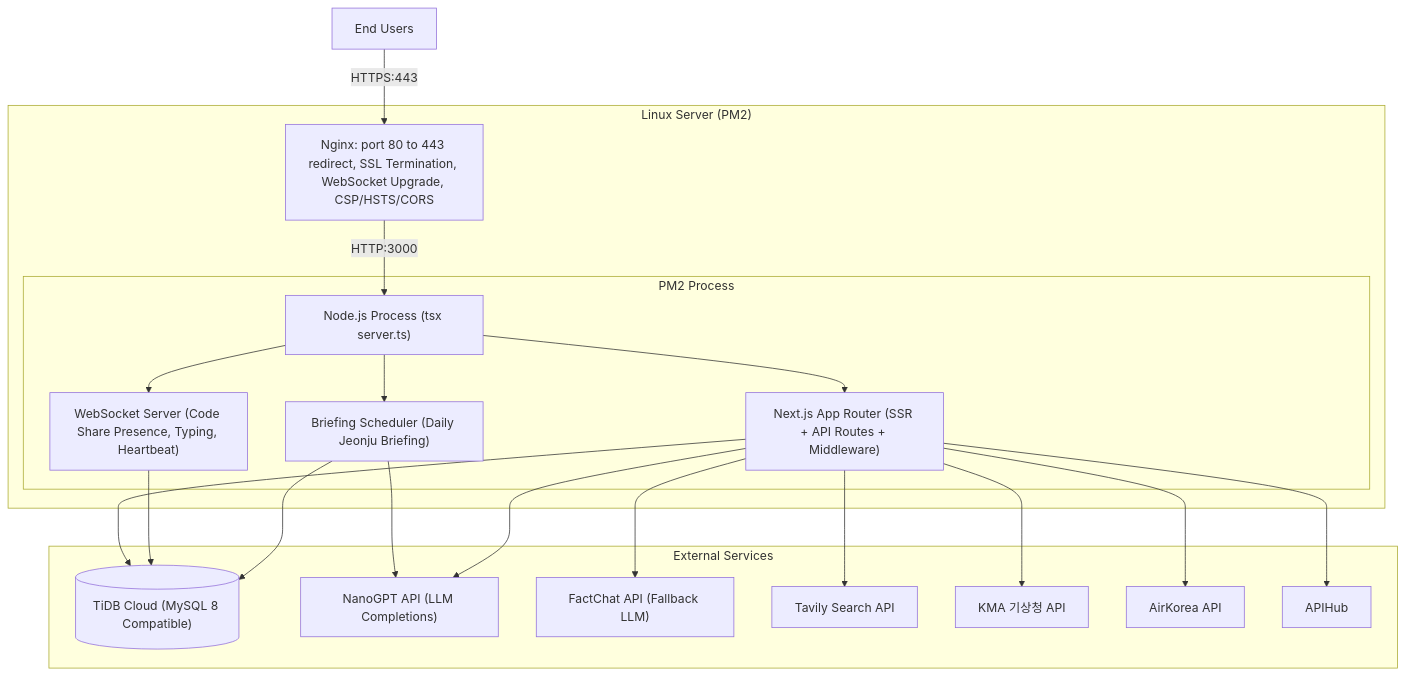
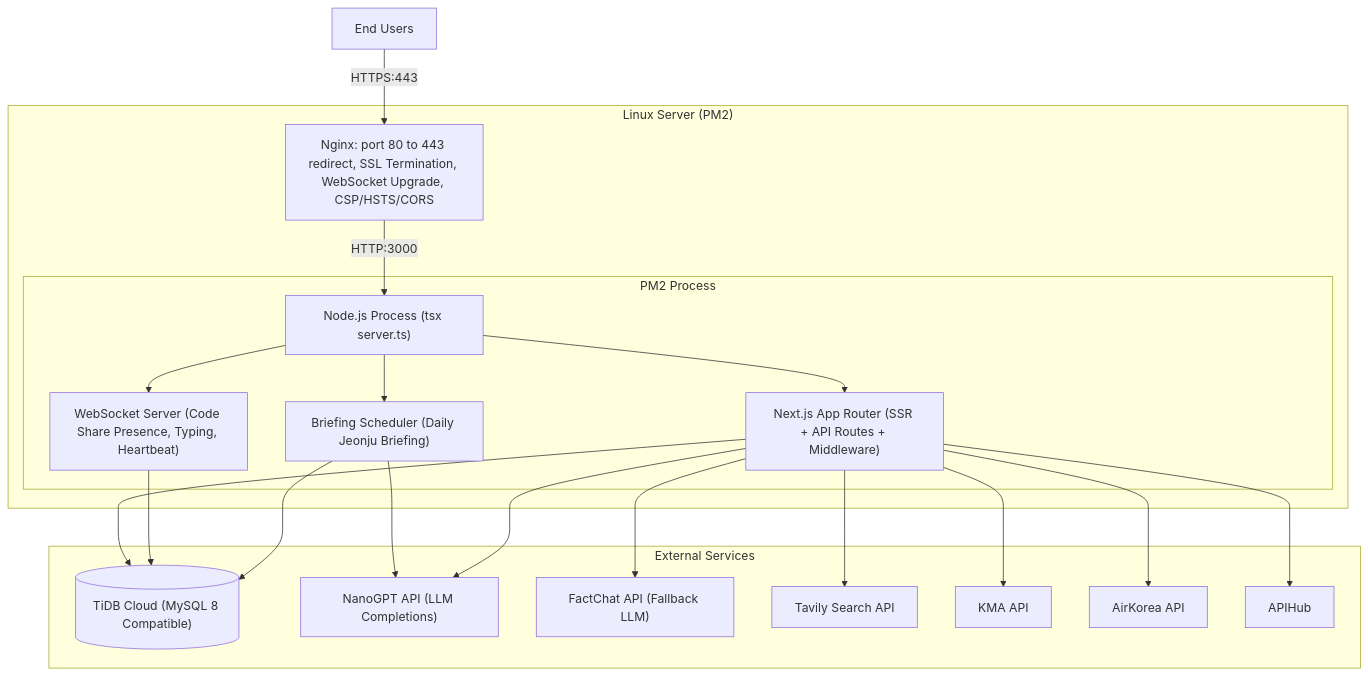
Diagram 14 of 17 in docs/ARCHITECTURE_UML.md (kim0040/Nadeulhae), drawn with Mermaid before and after one commit. The commit also changed other lines of this file and 12 other files, not shown here.

````diff
--- a/docs/ARCHITECTURE_UML.md
+++ b/docs/ARCHITECTURE_UML.md
@@ -1245,42 +1245,42 @@
 ```mermaid
 graph TB
     USERS["End Users"]
 
     subgraph Server["Linux Server (PM2)"]
         NGINX["Nginx: port 80 to 443 redirect, SSL Termination, WebSocket Upgrade, CSP/HSTS/CORS"]
 
         subgraph PM2["PM2 Process"]
             NODE["Node.js Process (tsx server.ts)"]
             NEXT["Next.js App Router (SSR + API Routes + Middleware)"]
             WS["WebSocket Server (Code Share Presence, Typing, Heartbeat)"]
             SCHEDULER["Briefing Scheduler (Daily Jeonju Briefing)"]
             
             NODE --> NEXT
             NODE --> WS
             NODE --> SCHEDULER
         end
     end
 
     subgraph External["External Services"]
         DB[("TiDB Cloud (MySQL 8 Compatible)")]
         NANOGPT_EXT["NanoGPT API (LLM Completions)"]
         FACTCHAT_EXT["FactChat API (Fallback LLM)"]
         TAVILY_EXT["Tavily Search API"]
-        KMA_EXT["KMA 기상청 API"]
+        KMA_EXT["KMA API"]
         AIR_EXT["AirKorea API"]
         APIHUB_EXT["APIHub"]
     end
 
     USERS -- "HTTPS:443" --> NGINX
     NGINX -- "HTTP:3000" --> NODE
     NEXT --> DB
     WS --> DB
     SCHEDULER --> NANOGPT_EXT
     SCHEDULER --> DB
     NEXT --> NANOGPT_EXT
     NEXT --> FACTCHAT_EXT
     NEXT --> TAVILY_EXT
     NEXT --> KMA_EXT
     NEXT --> AIR_EXT
     NEXT --> APIHUB_EXT
 ```
````
